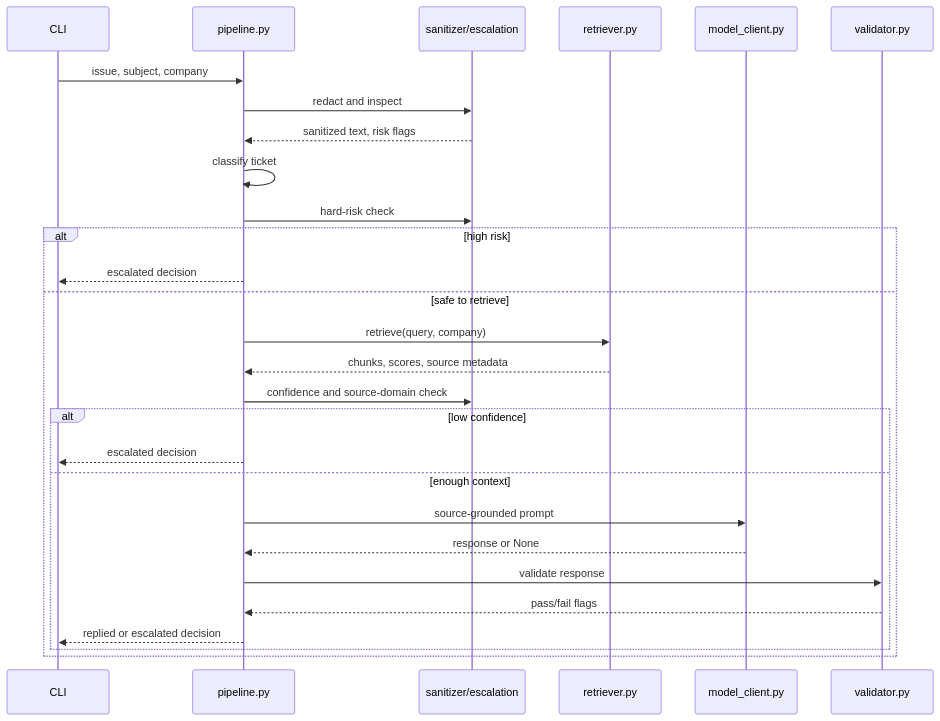
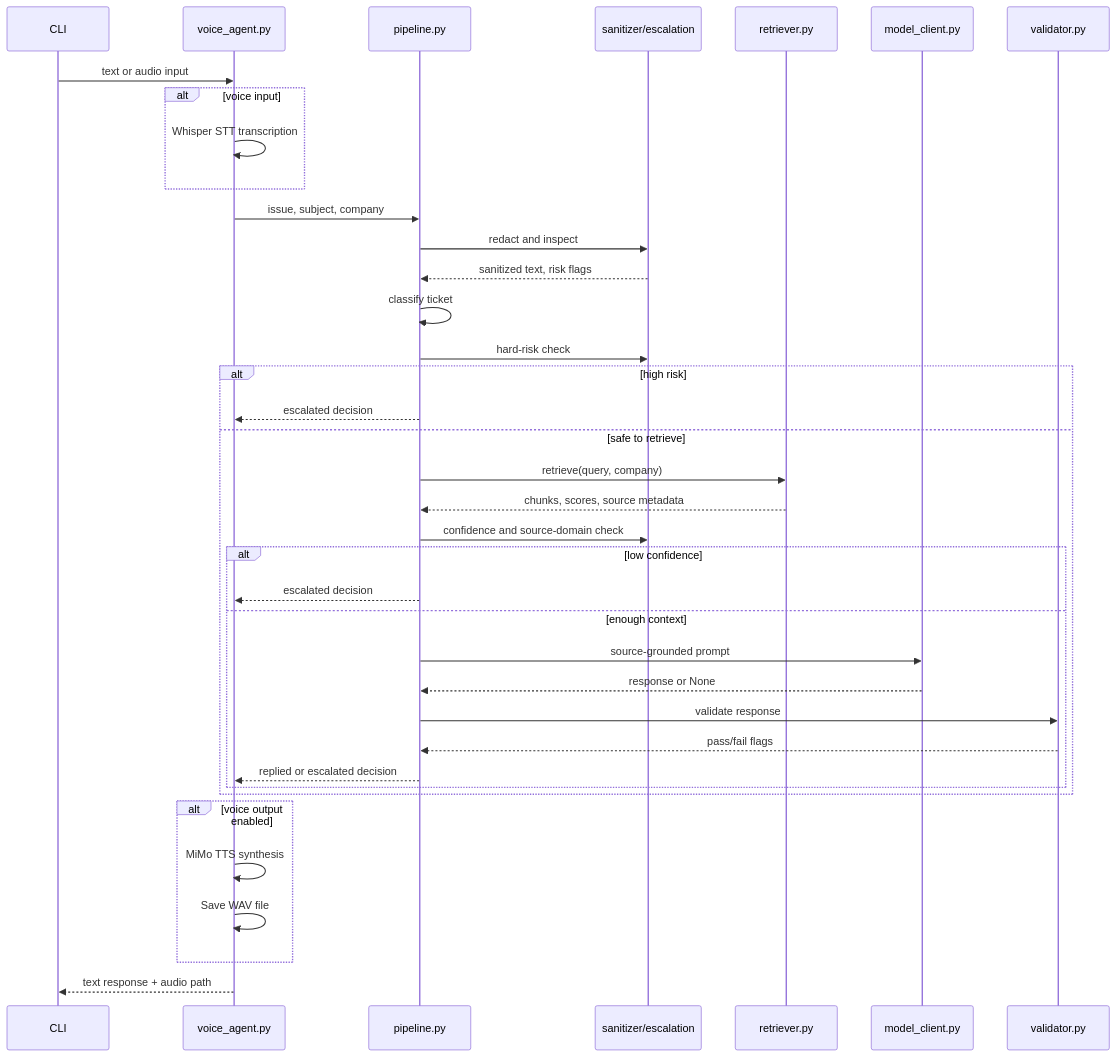
One commit to Sathvikar01/support-triage-agent changed the third of 3 diagrams in README.md. Above: the diagram before and after it, drawn with Mermaid. The commit also changed other lines of this file, not shown here.

First line of the commit message:
docs: update README with voice agent, architecture, and performance

````diff
--- a/README.md
+++ b/README.md
@@ -93,31 +130,41 @@
 ```mermaid
 sequenceDiagram
     participant Runner as CLI
+    participant Voice as voice_agent.py
     participant Pipe as pipeline.py
     participant Guard as sanitizer/escalation
     participant RAG as retriever.py
     participant Model as model_client.py
     participant Check as validator.py
 
-    Runner->>Pipe: issue, subject, company
+    Runner->>Voice: text or audio input
+    alt voice input
+        Voice->>Voice: Whisper STT transcription
+    end
+    Voice->>Pipe: issue, subject, company
     Pipe->>Guard: redact and inspect
     Guard-->>Pipe: sanitized text, risk flags
     Pipe->>Pipe: classify ticket
     Pipe->>Guard: hard-risk check
     alt high risk
-        Pipe-->>Runner: escalated decision
+        Pipe-->>Voice: escalated decision
     else safe to retrieve
         Pipe->>RAG: retrieve(query, company)
         RAG-->>Pipe: chunks, scores, source metadata
         Pipe->>Guard: confidence and source-domain check
         alt low confidence
-            Pipe-->>Runner: escalated decision
+            Pipe-->>Voice: escalated decision
         else enough context
             Pipe->>Model: source-grounded prompt
             Model-->>Pipe: response or None
             Pipe->>Check: validate response
             Check-->>Pipe: pass/fail flags
-            Pipe-->>Runner: replied or escalated decision
+            Pipe-->>Voice: replied or escalated decision
         end
     end
+    alt voice output enabled
+        Voice->>Voice: MiMo TTS synthesis
+        Voice->>Voice: Save WAV file
+    end
+    Voice-->>Runner: text response + audio path
 ```
````
